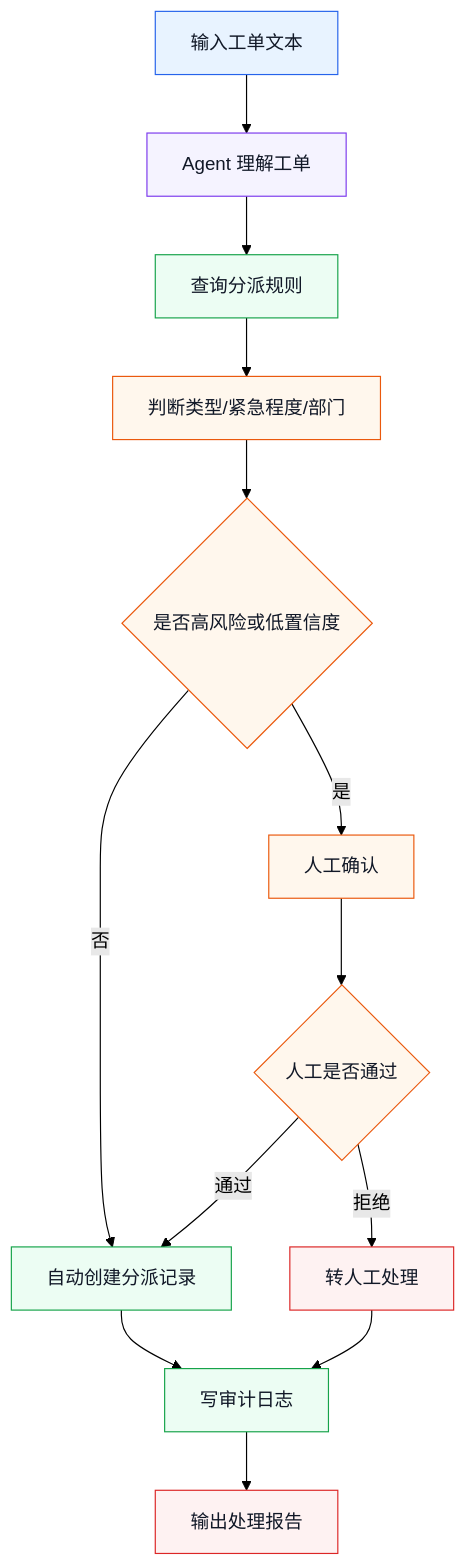
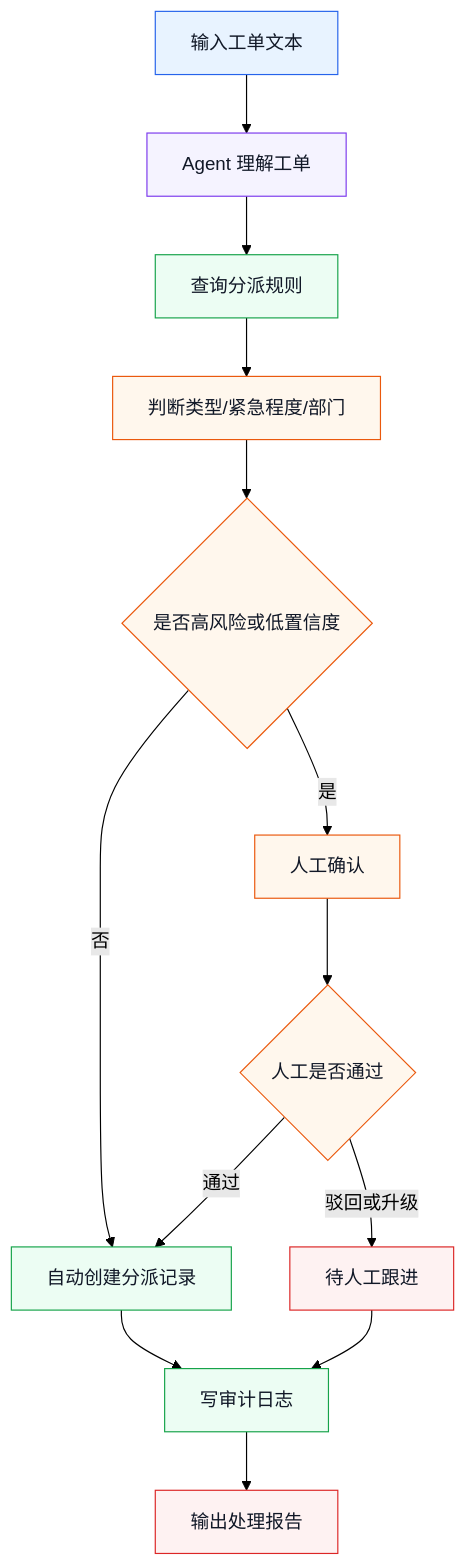
Before and after one commit to sealzrt/2026-08--agent: the first of 4 diagrams in deepseek-harness-docs/02-build-first-business-agent.md, drawn with Mermaid (forest theme). The commit also changed other lines of this file and 3 other files, not shown here.

````diff
--- a/deepseek-harness-docs/02-build-first-business-agent.md
+++ b/deepseek-harness-docs/02-build-first-business-agent.md
@@ -98,26 +98,26 @@
 ```mermaid
 flowchart TD
   A[输入工单文本] --> B[Agent 理解工单]
   B --> C[查询分派规则]
   C --> D[判断类型/紧急程度/部门]
   D --> E{是否高风险或低置信度}
   E -->|否| F[自动创建分派记录]
   E -->|是| G[人工确认]
   G --> H{人工是否通过}
   H -->|通过| F
-  H -->|拒绝| I[转人工处理]
+  H -->|驳回或升级| I[待人工跟进]
   F --> J[写审计日志]
   I --> J
   J --> K[输出处理报告]
 
   classDef input fill:#E8F3FF,stroke:#2563EB,color:#111827
   classDef agent fill:#F5F3FF,stroke:#7C3AED,color:#111827
   classDef tool fill:#ECFDF3,stroke:#16A34A,color:#111827
   classDef decision fill:#FFF7ED,stroke:#EA580C,color:#111827
   classDef result fill:#FEF2F2,stroke:#DC2626,color:#111827
   class A input
   class B agent
   class C,F,J tool
   class D,E,G,H decision
   class I,K result
 ```
````
